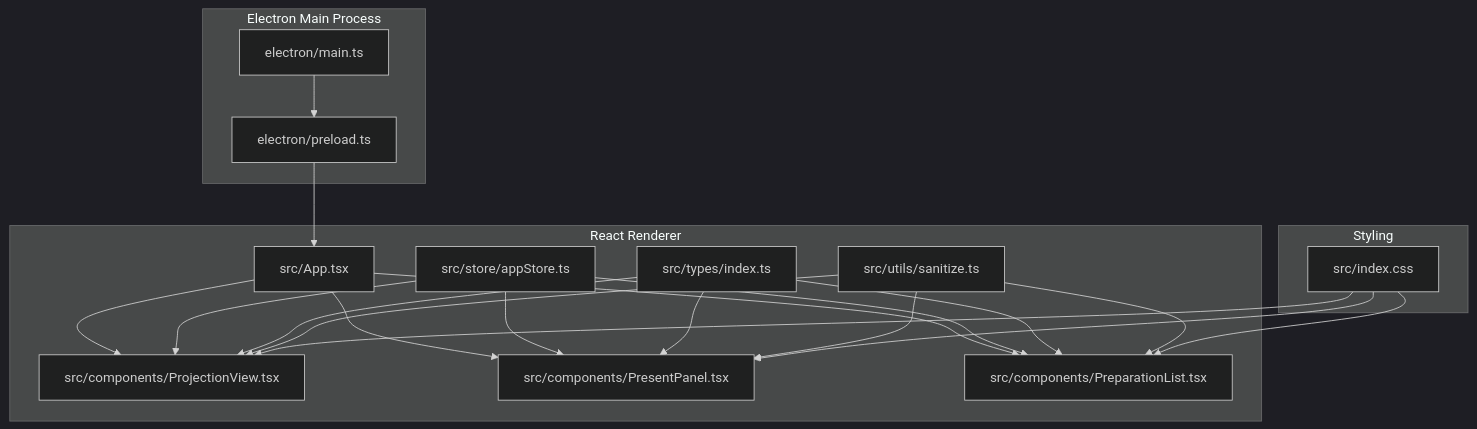
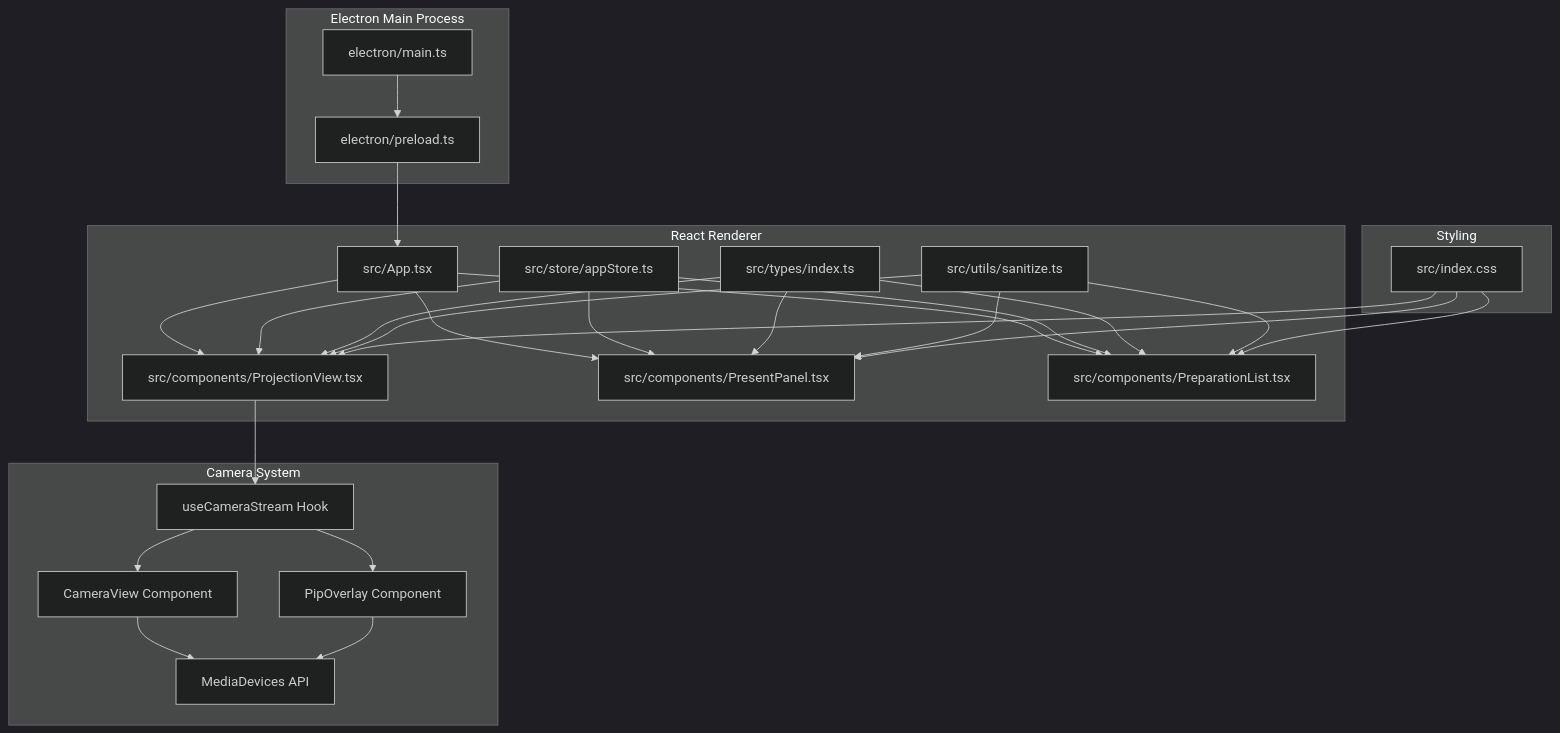
One commit to jimmywyk/lyricdeck changed the first of 16 diagrams in .qoder/repowiki/en/content/User Interface Components/Projection View Component.md. Above: the diagram before and after it, drawn with Mermaid (dark theme). The commit also changed other lines of this file and 5 other files, not shown here.

Commit message:
Add Projection View Component

````diff
--- a/.qoder/repowiki/en/content/User Interface Components/Projection View Component.md
+++ b/.qoder/repowiki/en/content/User Interface Components/Projection View Component.md
@@ -49,36 +54,47 @@
 ```mermaid
 graph TB
 subgraph "Electron Main Process"
 EM["electron/main.ts"]
 EP["electron/preload.ts"]
 end
 subgraph "React Renderer"
 APP["src/App.tsx"]
 PV["src/components/ProjectionView.tsx"]
 PP["src/components/PresentPanel.tsx"]
 PL["src/components/PreparationList.tsx"]
 AS["src/store/appStore.ts"]
 TY["src/types/index.ts"]
 SEC["src/utils/sanitize.ts"]
+end
+subgraph "Camera System"
+CS["useCameraStream Hook"]
+CV["CameraView Component"]
+PO["PipOverlay Component"]
+MP["MediaDevices API"]
 end
 subgraph "Styling"
 CSS["src/index.css"]
 end
 EM --> EP
 EP --> APP
 APP --> PV
 APP --> PP
 APP --> PL
 AS --> PV
 AS --> PP
 AS --> PL
 TY --> PV
 TY --> PP
 TY --> PL
 SEC --> PV
 SEC --> PP
 SEC --> PL
+PV --> CS
+CS --> CV
+CS --> PO
+CV --> MP
+PO --> MP
 CSS --> PV
 CSS --> PP
 CSS --> PL
 ```
````
